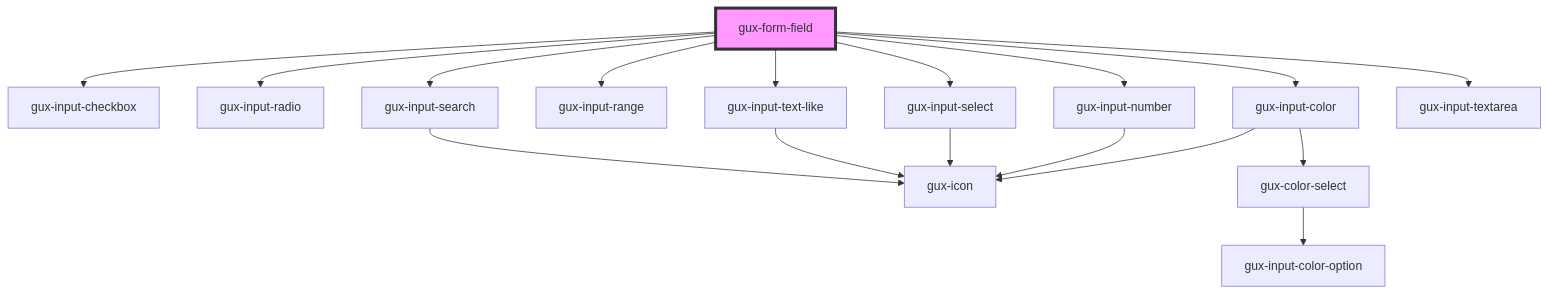
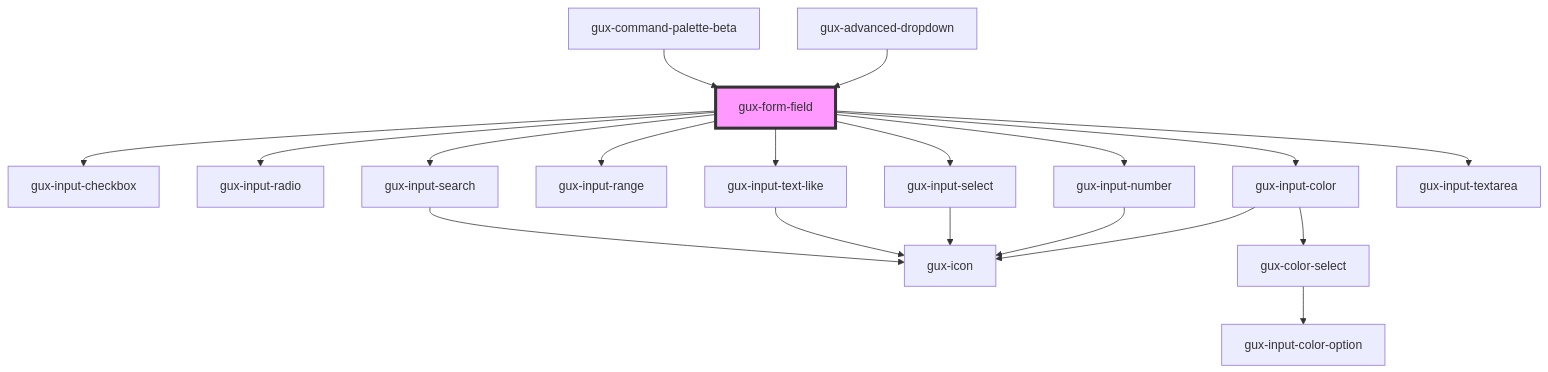
The diagram in src/components/stable/gux-form-field/readme.md (MyPureCloud/genesys-spark), drawn with Mermaid before and after one commit. The commit also changed other lines of this file and 17 other files, not shown here.

First line of the commit message:
feat(gus-search-beta): removed uses of gux-search-beta in components

````diff
--- a/src/components/stable/gux-form-field/readme.md
+++ b/src/components/stable/gux-form-field/readme.md
@@ -41,20 +46,22 @@
 ```mermaid
 graph TD;
   gux-form-field --> gux-input-checkbox
   gux-form-field --> gux-input-radio
   gux-form-field --> gux-input-color
   gux-form-field --> gux-input-range
   gux-form-field --> gux-input-number
   gux-form-field --> gux-input-select
   gux-form-field --> gux-input-text-like
   gux-form-field --> gux-input-search
   gux-form-field --> gux-input-textarea
   gux-input-color --> gux-icon
   gux-input-color --> gux-color-select
   gux-color-select --> gux-input-color-option
   gux-input-number --> gux-icon
   gux-input-select --> gux-icon
   gux-input-text-like --> gux-icon
   gux-input-search --> gux-icon
+  gux-advanced-dropdown --> gux-form-field
+  gux-command-palette-beta --> gux-form-field
   style gux-form-field fill:#f9f,stroke:#333,stroke-width:4px
 ```
````
